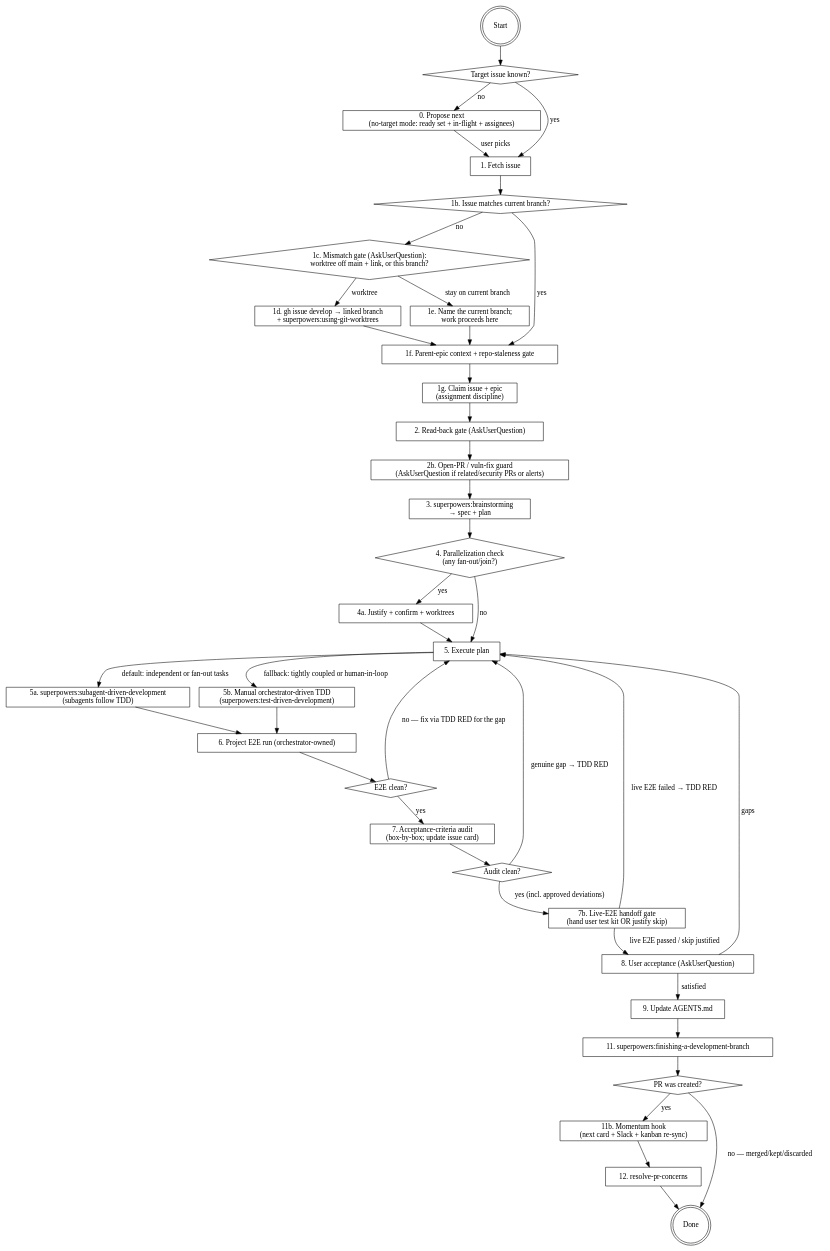
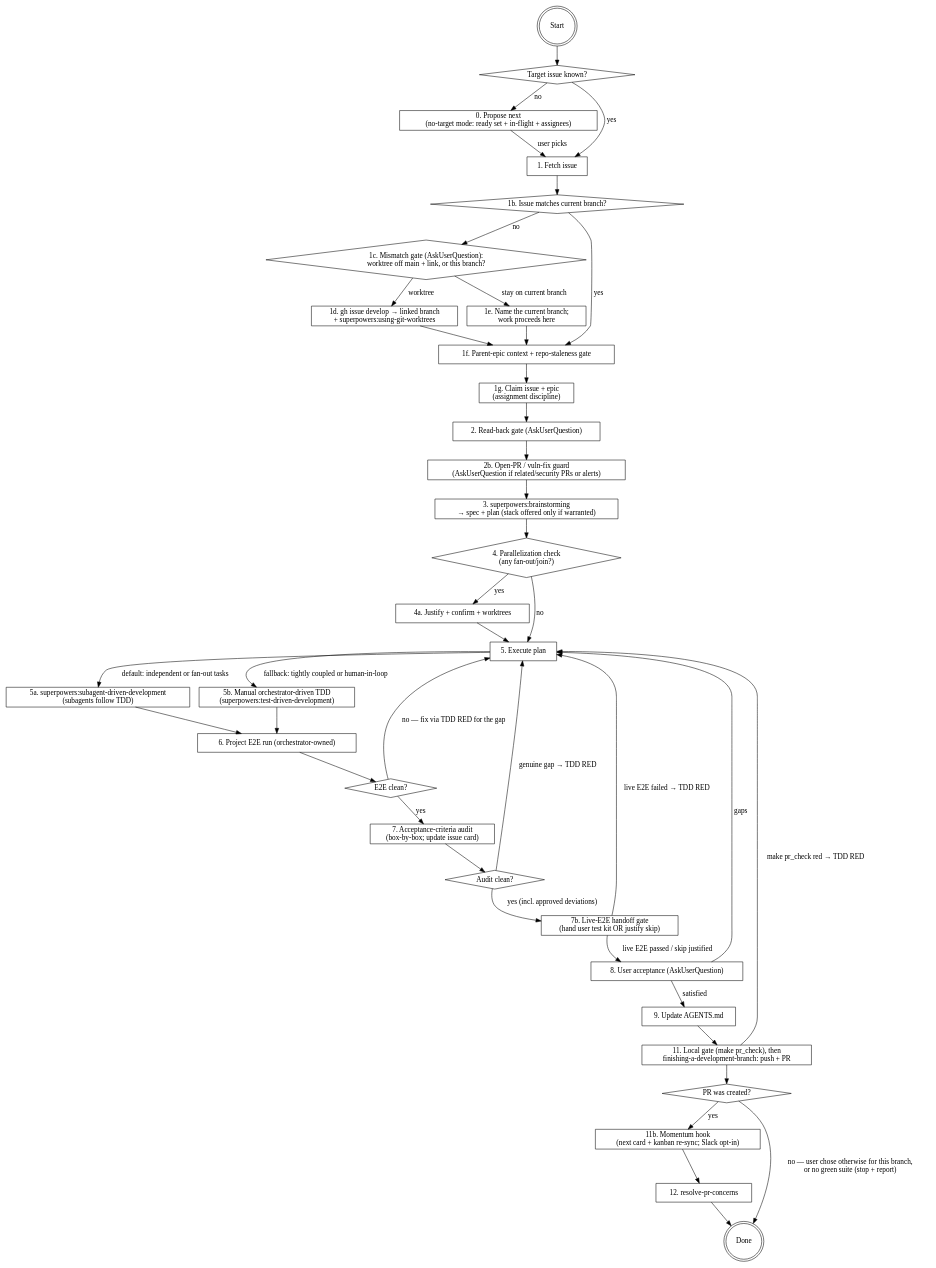
One commit to emigre459/agentic-ai-dev-template changed the diagram in .agents/skills/build-from-issue/SKILL.md. Above: the diagram before and after it, drawn with Graphviz. The commit also changed other lines of this file and 2 other files, not shown here.

````diff
--- a/.agents/skills/build-from-issue/SKILL.md
+++ b/.agents/skills/build-from-issue/SKILL.md
@@ -23,70 +24,71 @@
 ```dot
 digraph build_from_issue {
     rankdir=TB;
     "Start" [shape=doublecircle];
     "0. Propose next\n(no-target mode: ready set + in-flight + assignees)" [shape=box];
     "Target issue known?" [shape=diamond];
     "1. Fetch issue" [shape=box];
     "1b. Issue matches current branch?" [shape=diamond];
     "1c. Mismatch gate (AskUserQuestion):\nworktree off main + link, or this branch?" [shape=diamond];
     "1d. gh issue develop → linked branch\n+ superpowers:using-git-worktrees" [shape=box];
     "1e. Name the current branch;\nwork proceeds here" [shape=box];
     "1f. Parent-epic context + repo-staleness gate" [shape=box];
     "1g. Claim issue + epic\n(assignment discipline)" [shape=box];
     "2. Read-back gate (AskUserQuestion)" [shape=box];
     "2b. Open-PR / vuln-fix guard\n(AskUserQuestion if related/security PRs or alerts)" [shape=box];
-    "3. superpowers:brainstorming\n→ spec + plan" [shape=box];
+    "3. superpowers:brainstorming\n→ spec + plan (stack offered only if warranted)" [shape=box];
     "4. Parallelization check\n(any fan-out/join?)" [shape=diamond];
     "4a. Justify + confirm + worktrees" [shape=box];
     "5. Execute plan" [shape=box];
     "5a. superpowers:subagent-driven-development\n(subagents follow TDD)" [shape=box];
     "5b. Manual orchestrator-driven TDD\n(superpowers:test-driven-development)" [shape=box];
     "6. Project E2E run (orchestrator-owned)" [shape=box];
     "E2E clean?" [shape=diamond];
     "7. Acceptance-criteria audit\n(box-by-box; update issue card)" [shape=box];
     "Audit clean?" [shape=diamond];
     "7b. Live-E2E handoff gate\n(hand user test kit OR justify skip)" [shape=box];
     "8. User acceptance (AskUserQuestion)" [shape=box];
     "9. Update AGENTS.md" [shape=box];
-    "11. superpowers:finishing-a-development-branch" [shape=box];
+    "11. Local gate (make pr_check), then\nfinishing-a-development-branch: push + PR" [shape=box];
     "PR was created?" [shape=diamond];
-    "11b. Momentum hook\n(next card + Slack + kanban re-sync)" [shape=box];
+    "11b. Momentum hook\n(next card + kanban re-sync; Slack opt-in)" [shape=box];
     "12. resolve-pr-concerns" [shape=box];
     "Done" [shape=doublecircle];
 
     "Start" -> "Target issue known?";
     "Target issue known?" -> "1. Fetch issue" [label="yes"];
     "Target issue known?" -> "0. Propose next\n(no-target mode: ready set + in-flight + assignees)" [label="no"];
     "0. Propose next\n(no-target mode: ready set + in-flight + assignees)" -> "1. Fetch issue" [label="user picks"];
     "1. Fetch issue" -> "1b. Issue matches current branch?";
     "1b. Issue matches current branch?" -> "1f. Parent-epic context + repo-staleness gate" [label="yes"];
     "1b. Issue matches current branch?" -> "1c. Mismatch gate (AskUserQuestion):\nworktree off main + link, or this branch?" [label="no"];
     "1c. Mismatch gate (AskUserQuestion):\nworktree off main + link, or this branch?" -> "1d. gh issue develop → linked branch\n+ superpowers:using-git-worktrees" [label="worktree"];
     "1c. Mismatch gate (AskUserQuestion):\nworktree off main + link, or this branch?" -> "1e. Name the current branch;\nwork proceeds here" [label="stay on current branch"];
     "1d. gh issue develop → linked branch\n+ superpowers:using-git-worktrees" -> "1f. Parent-epic context + repo-staleness gate";
     "1e. Name the current branch;\nwork proceeds here" -> "1f. Parent-epic context + repo-staleness gate";
-    "1f. Parent-epic context + repo-staleness gate" -> "1g. Claim issue + epic\n(assignment discipline)" -> "2. Read-back gate (AskUserQuestion)" -> "2b. Open-PR / vuln-fix guard\n(AskUserQuestion if related/security PRs or alerts)" -> "3. superpowers:brainstorming\n→ spec + plan" -> "4. Parallelization check\n(any fan-out/join?)";
+    "1f. Parent-epic context + repo-staleness gate" -> "1g. Claim issue + epic\n(assignment discipline)" -> "2. Read-back gate (AskUserQuestion)" -> "2b. Open-PR / vuln-fix guard\n(AskUserQuestion if related/security PRs or alerts)" -> "3. superpowers:brainstorming\n→ spec + plan (stack offered only if warranted)" -> "4. Parallelization check\n(any fan-out/join?)";
     "4. Parallelization check\n(any fan-out/join?)" -> "4a. Justify + confirm + worktrees" [label="yes"];
     "4. Parallelization check\n(any fan-out/join?)" -> "5. Execute plan" [label="no"];
     "4a. Justify + confirm + worktrees" -> "5. Execute plan";
     "5. Execute plan" -> "5a. superpowers:subagent-driven-development\n(subagents follow TDD)" [label="default: independent or fan-out tasks"];
     "5. Execute plan" -> "5b. Manual orchestrator-driven TDD\n(superpowers:test-driven-development)" [label="fallback: tightly coupled or human-in-loop"];
     "5a. superpowers:subagent-driven-development\n(subagents follow TDD)" -> "6. Project E2E run (orchestrator-owned)";
     "5b. Manual orchestrator-driven TDD\n(superpowers:test-driven-development)" -> "6. Project E2E run (orchestrator-owned)";
     "6. Project E2E run (orchestrator-owned)" -> "E2E clean?";
     "E2E clean?" -> "7. Acceptance-criteria audit\n(box-by-box; update issue card)" [label="yes"];
     "E2E clean?" -> "5. Execute plan" [label="no — fix via TDD RED for the gap"];
     "7. Acceptance-criteria audit\n(box-by-box; update issue card)" -> "Audit clean?";
     "Audit clean?" -> "7b. Live-E2E handoff gate\n(hand user test kit OR justify skip)" [label="yes (incl. approved deviations)"];
     "Audit clean?" -> "5. Execute plan" [label="genuine gap → TDD RED"];
     "7b. Live-E2E handoff gate\n(hand user test kit OR justify skip)" -> "8. User acceptance (AskUserQuestion)" [label="live E2E passed / skip justified"];
     "7b. Live-E2E handoff gate\n(hand user test kit OR justify skip)" -> "5. Execute plan" [label="live E2E failed → TDD RED"];
     "8. User acceptance (AskUserQuestion)" -> "5. Execute plan" [label="gaps"];
     "8. User acceptance (AskUserQuestion)" -> "9. Update AGENTS.md" [label="satisfied"];
-    "9. Update AGENTS.md" -> "11. superpowers:finishing-a-development-branch" -> "PR was created?";
-    "PR was created?" -> "11b. Momentum hook\n(next card + Slack + kanban re-sync)" [label="yes"];
-    "11b. Momentum hook\n(next card + Slack + kanban re-sync)" -> "12. resolve-pr-concerns";
-    "PR was created?" -> "Done" [label="no — merged/kept/discarded"];
+    "9. Update AGENTS.md" -> "11. Local gate (make pr_check), then\nfinishing-a-development-branch: push + PR" -> "PR was created?";
+    "11. Local gate (make pr_check), then\nfinishing-a-development-branch: push + PR" -> "5. Execute plan" [label="make pr_check red → TDD RED"];
+    "PR was created?" -> "11b. Momentum hook\n(next card + kanban re-sync; Slack opt-in)" [label="yes"];
+    "11b. Momentum hook\n(next card + kanban re-sync; Slack opt-in)" -> "12. resolve-pr-concerns";
+    "PR was created?" -> "Done" [label="no — user chose otherwise for this branch,\nor no green suite (stop + report)"];
     "12. resolve-pr-concerns" -> "Done";
 }
 ```
````
